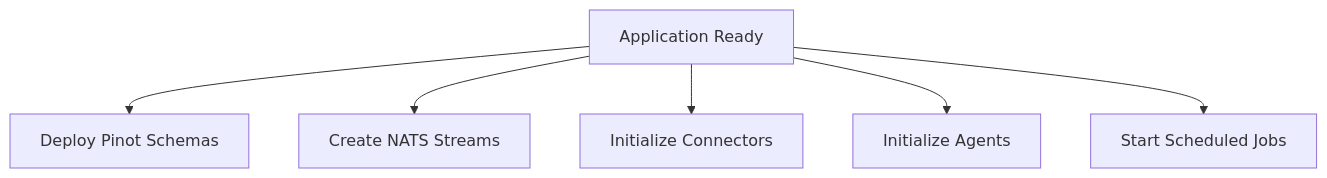
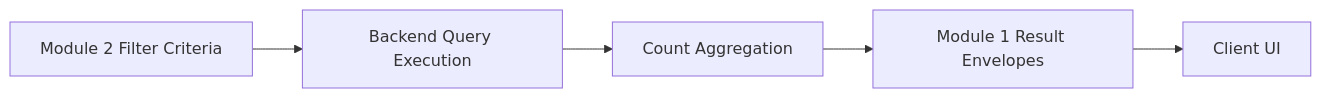
Before and after one commit to flamingo-stack/openframe-oss-lib: the seventh of 7 diagrams in docs/reference/architecture/README.md, drawn with Mermaid. The commit also changed other lines of this file and 15 other files, not shown here.

Commit message:
docs: Stage 2 - Architecture analysis (3 files) [skip ci]

````diff
--- a/docs/reference/architecture/README.md
+++ b/docs/reference/architecture/README.md
@@ -209,8 +330,7 @@
 ```mermaid
-flowchart TD
-    Startup["Application Ready"] --> PinotInit["Deploy Pinot Schemas"]
-    Startup --> NatsInit["Create NATS Streams"]
-    Startup --> DebeziumInit["Initialize Connectors"]
-    Startup --> AgentInit["Initialize Agents"]
-    Startup --> Schedulers["Start Scheduled Jobs"]
+flowchart LR
+    Filters["Module 2 Filter Criteria"] --> Query["Backend Query Execution"]
+    Query --> Aggregation["Count Aggregation"]
+    Aggregation --> Results["Module 1 Result Envelopes"]
+    Results --> Client["Client UI"]
 ```
````
